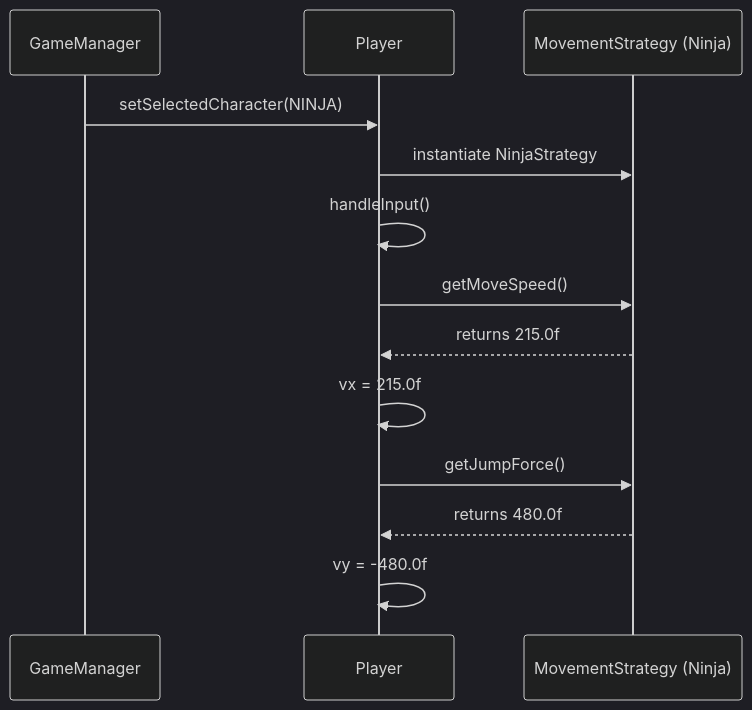
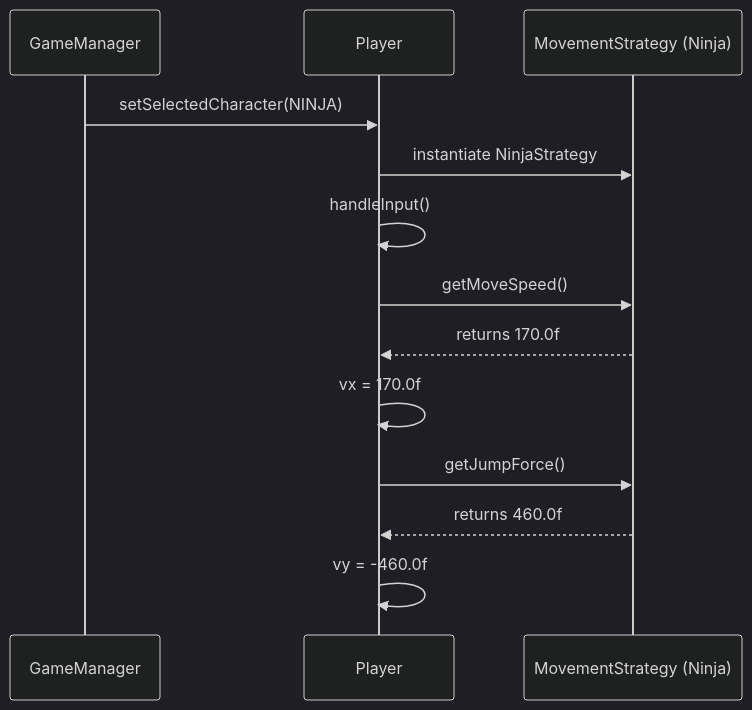
Diagram 11 of 13 in project_plan.md (Gasmask-Chan/CS202-Cavern-Descent), drawn with Mermaid (dark theme) before and after one commit. The commit also changed other lines of this file and 1 other file, not shown here.

````diff
--- a/project_plan.md
+++ b/project_plan.md
@@ -1562,16 +1561,16 @@
 ```mermaid
 sequenceDiagram
     participant GM as GameManager
     participant P as Player
     participant MS as MovementStrategy (Ninja)
     
     GM->>P: setSelectedCharacter(NINJA)
     P->>MS: instantiate NinjaStrategy
     P->>P: handleInput()
     P->>MS: getMoveSpeed()
-    MS-->>P: returns 215.0f
-    P->>P: vx = 215.0f
+    MS-->>P: returns 170.0f
+    P->>P: vx = 170.0f
     P->>MS: getJumpForce()
-    MS-->>P: returns 480.0f
-    P->>P: vy = -480.0f
+    MS-->>P: returns 460.0f
+    P->>P: vy = -460.0f
 ```
````
